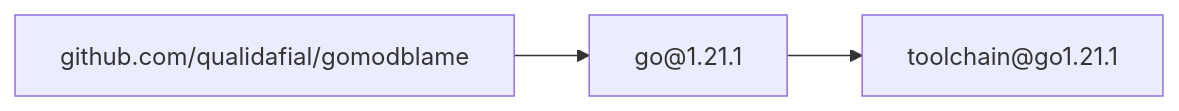
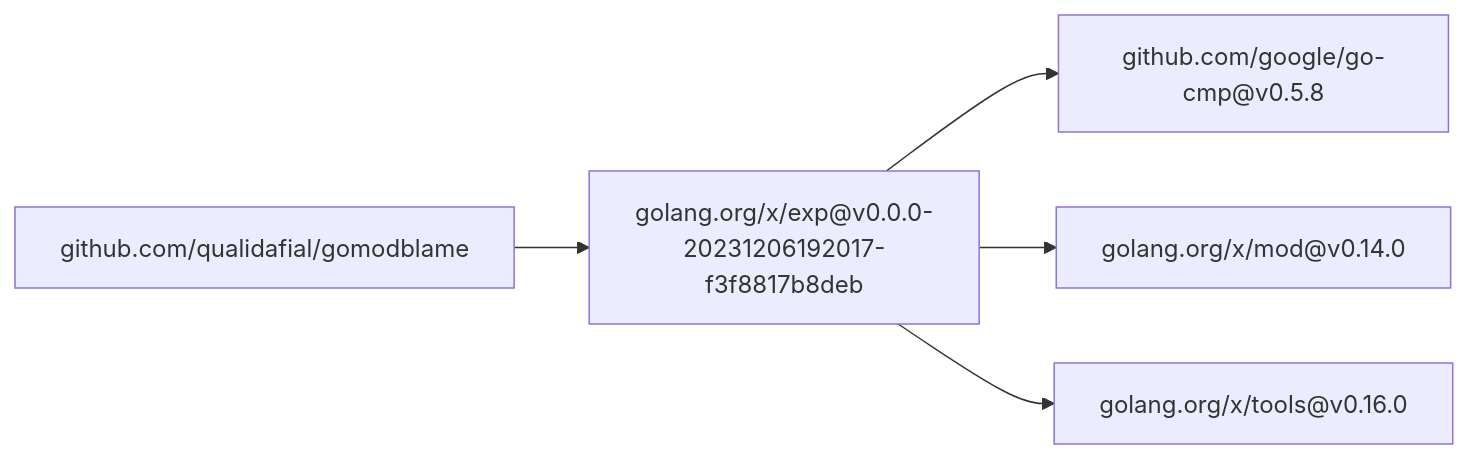
The diagram in README.md (qualidafial/gomodblame), drawn with Mermaid before and after one commit. The commit also changed other lines of this file and 3 other files, not shown here.

````diff
--- a/README.md
+++ b/README.md
@@ -20,8 +33,12 @@
 ```mermaid
 graph LR;
     n0["github.com/qualidafial/gomodblame"];
-    n1["go@1.21.1"];
+    n1["golang.org/x/exp@v0.0.0-20231206192017-f3f8817b8deb"];
     n0 --> n1;
-    n2["toolchain@go1.21.1"];
+    n2["github.com/google/go-cmp@v0.5.8"];
     n1 --> n2;
+    n3["golang.org/x/mod@v0.14.0"];
+    n1 --> n3;
+    n4["golang.org/x/tools@v0.16.0"];
+    n1 --> n4;
 ```
````
